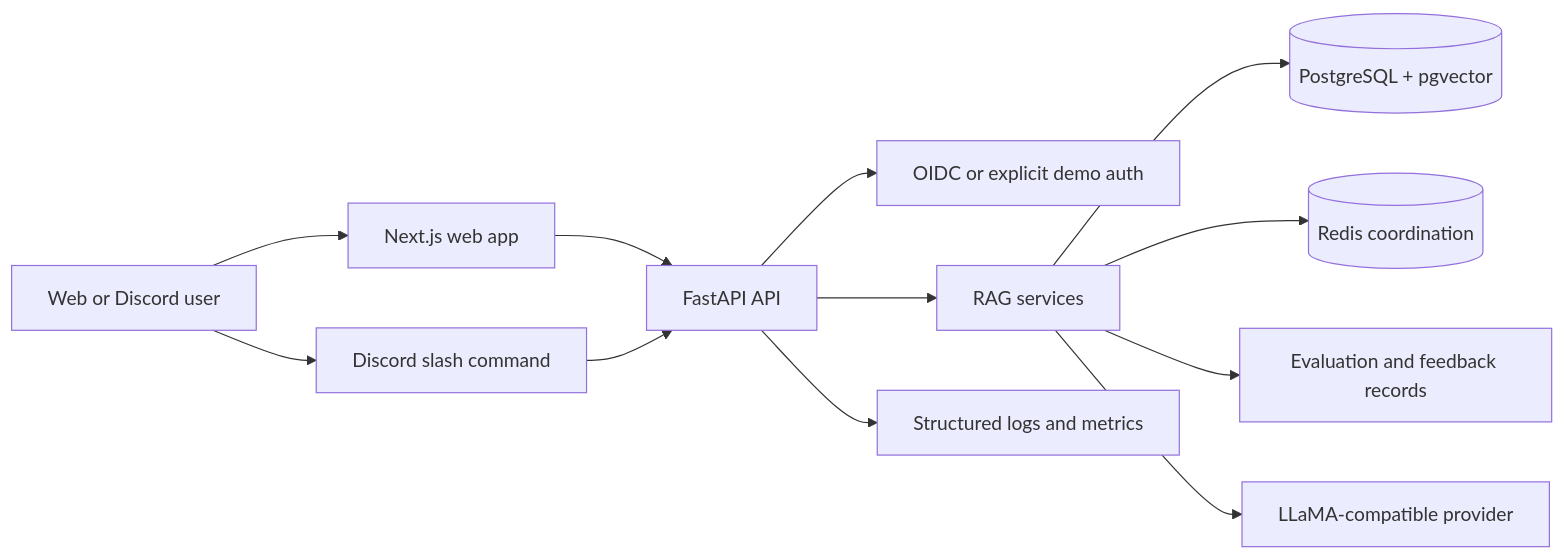
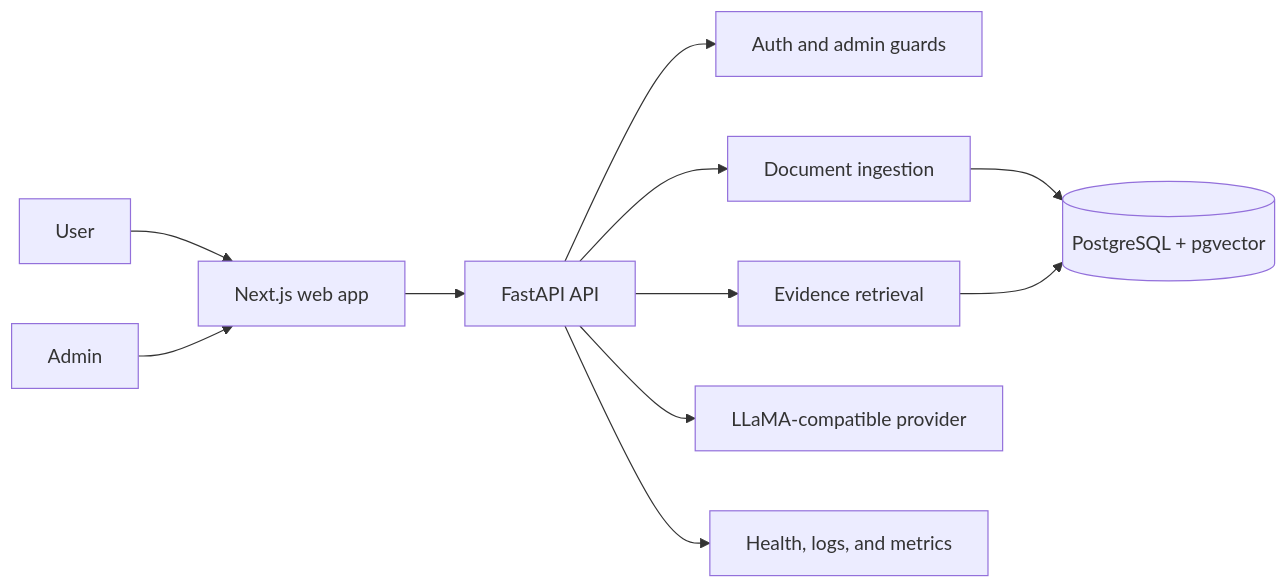
The diagram in README.md (krishkpatel-hub/GroundStack), drawn with Mermaid before and after one commit. The commit also changed other lines of this file and 21 other files, not shown here.

````diff
--- a/README.md
+++ b/README.md
@@ -44,14 +31,13 @@
 ```mermaid
 flowchart LR
-  User[Web or Discord user] --> Web[Next.js web app]
-  User --> Discord[Discord slash command]
+  User[User] --> Web[Next.js web app]
+  Admin[Admin] --> Web
   Web --> API[FastAPI API]
-  Discord --> API
-  API --> Auth[OIDC or explicit demo auth]
-  API --> RAG[RAG services]
-  RAG --> PG[(PostgreSQL + pgvector)]
-  RAG --> Redis[(Redis coordination)]
-  RAG --> Eval[Evaluation and feedback records]
-  RAG --> LLM[LLaMA-compatible provider]
-  API --> Obs[Structured logs and metrics]
+  API --> Auth[Auth and admin guards]
+  API --> Ingest[Document ingestion]
+  Ingest --> PG[(PostgreSQL + pgvector)]
+  API --> Retrieve[Evidence retrieval]
+  Retrieve --> PG
+  API --> LLM[LLaMA-compatible provider]
+  API --> Obs[Health, logs, and metrics]
 ```
````
